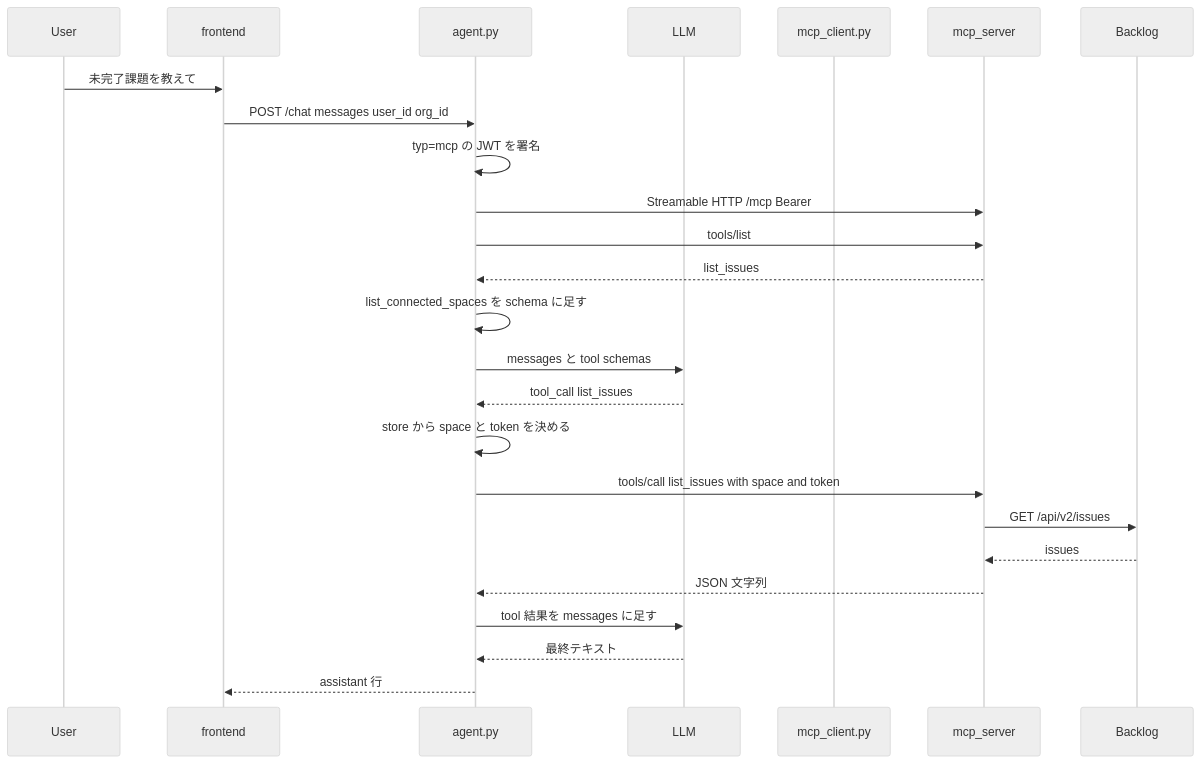
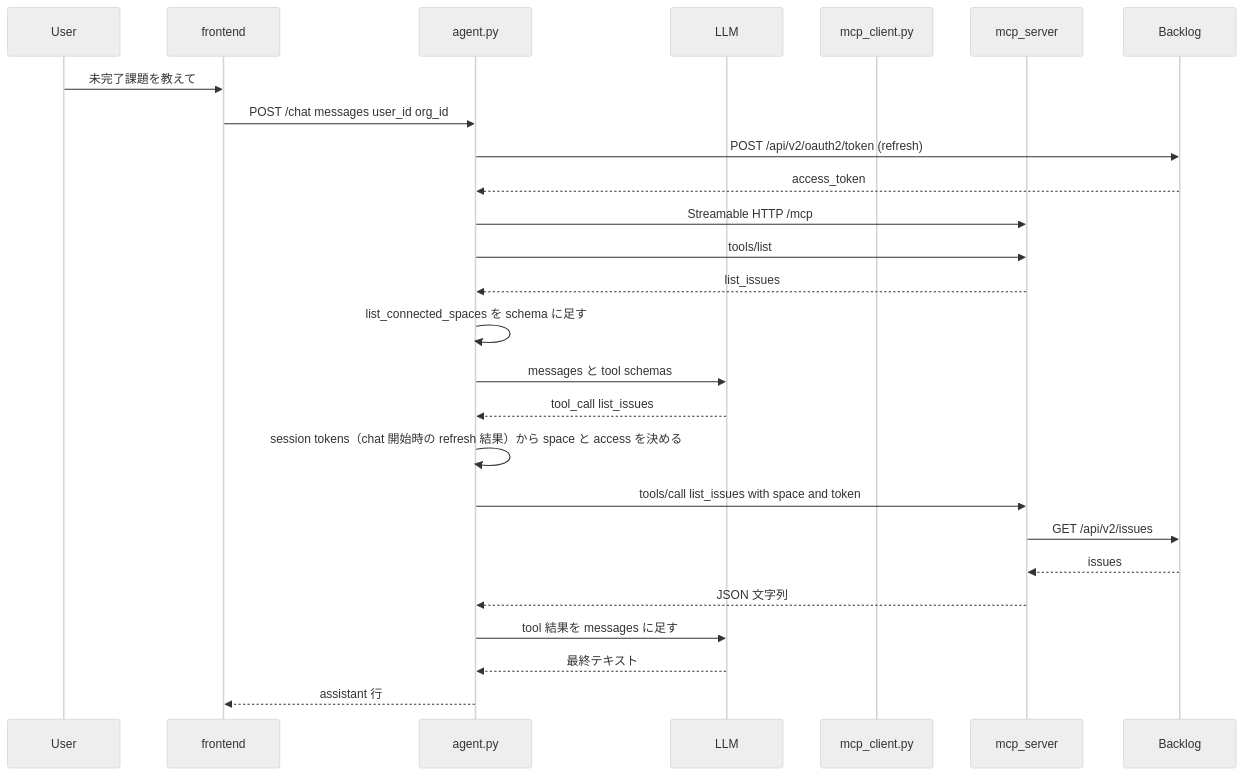
The fourth of 4 diagrams in v3/README.md (haru-256/backlog-mcp-sandbox), drawn with Mermaid (neutral theme) before and after one commit. The commit also changed other lines of this file and 30 other files, not shown here.

First line of the commit message:
Store only Backlog refresh tokens and drop JWT on MCP.

````diff
--- a/v3/README.md
+++ b/v3/README.md
@@ -189,28 +198,29 @@
 ```mermaid
 sequenceDiagram
   participant User
   participant FE as frontend
   participant Host as agent.py
   participant LLM
   participant Client as mcp_client.py
   participant MCP as mcp_server
   participant Backlog
 
   User->>FE: 未完了課題を教えて
   FE->>Host: POST /chat messages user_id org_id
-  Host->>Host: typ=mcp の JWT を署名
-  Host->>MCP: Streamable HTTP /mcp Bearer
+  Host->>Backlog: POST /api/v2/oauth2/token (refresh)
+  Backlog-->>Host: access_token
+  Host->>MCP: Streamable HTTP /mcp
   Host->>MCP: tools/list
   MCP-->>Host: list_issues
   Host->>Host: list_connected_spaces を schema に足す
   Host->>LLM: messages と tool schemas
   LLM-->>Host: tool_call list_issues
-  Host->>Host: store から space と token を決める
+  Host->>Host: session tokens（chat 開始時の refresh 結果）から space と access を決める
   Host->>MCP: tools/call list_issues with space and token
   MCP->>Backlog: GET /api/v2/issues
   Backlog-->>MCP: issues
   MCP-->>Host: JSON 文字列
   Host->>LLM: tool 結果を messages に足す
   LLM-->>Host: 最終テキスト
   Host-->>FE: assistant 行
 ```
````
